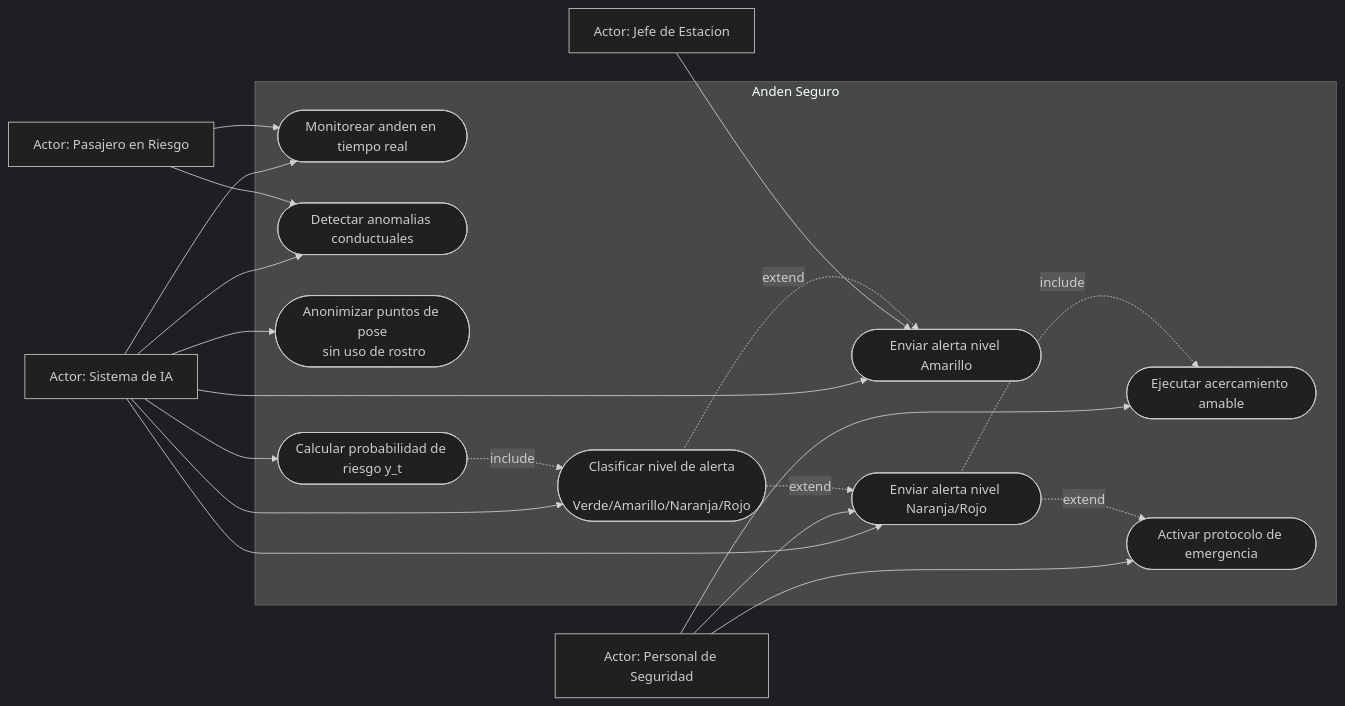
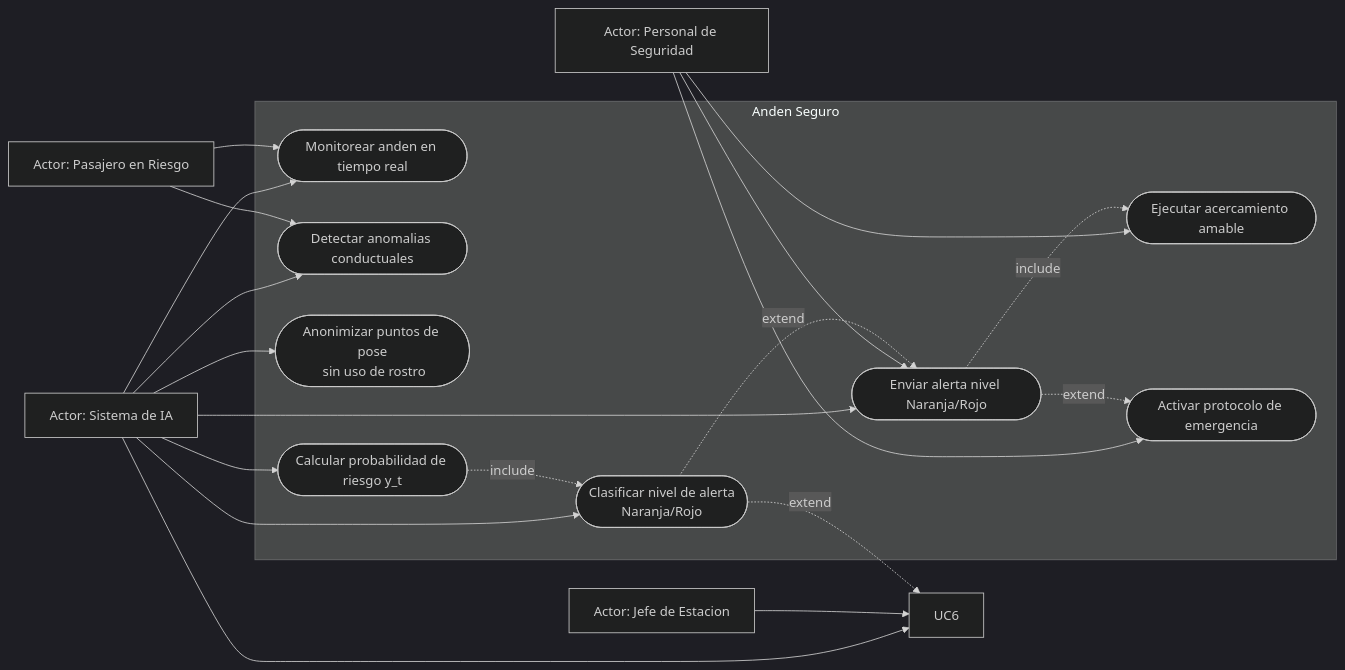
Before and after one commit to Nakotex7906/AndenSeguro: the second of 2 diagrams in README.md, drawn with Mermaid (dark theme).

Commit message:
Update project description and team roles in README

````diff
--- a/README.md
+++ b/README.md
@@ -147,41 +147,40 @@
 ```mermaid
 flowchart LR
     AIS["Actor: Sistema de IA"]
     SEG["Actor: Personal de Seguridad"]
     JEFE["Actor: Jefe de Estacion"]
     PAS["Actor: Pasajero en Riesgo"]
 
     subgraph AS[Anden Seguro]
         UC1([Monitorear anden en tiempo real])
         UC2([Detectar anomalias conductuales])
         UC3([Anonimizar puntos de pose\n sin uso de rostro])
         UC4([Calcular probabilidad de riesgo y_t])
-        UC5([Clasificar nivel de alerta\n Verde/Amarillo/Naranja/Rojo])
-        UC6([Enviar alerta nivel Amarillo])
+        UC5([Clasificar nivel de alerta\n Naranja/Rojo])
         UC7([Enviar alerta nivel Naranja/Rojo])
         UC8([Ejecutar acercamiento amable])
         UC9([Activar protocolo de emergencia])
     end
 
     AIS --> UC1
     AIS --> UC2
     AIS --> UC3
     AIS --> UC4
     AIS --> UC5
     AIS --> UC6
     AIS --> UC7
 
     PAS --> UC2
     PAS --> UC1
 
     JEFE --> UC6
     SEG --> UC7
     SEG --> UC8
     SEG --> UC9
 
     UC4 -. include .-> UC5
     UC5 -. extend .-> UC6
     UC5 -. extend .-> UC7
     UC7 -. include .-> UC8
     UC7 -. extend .-> UC9
 ```
````
